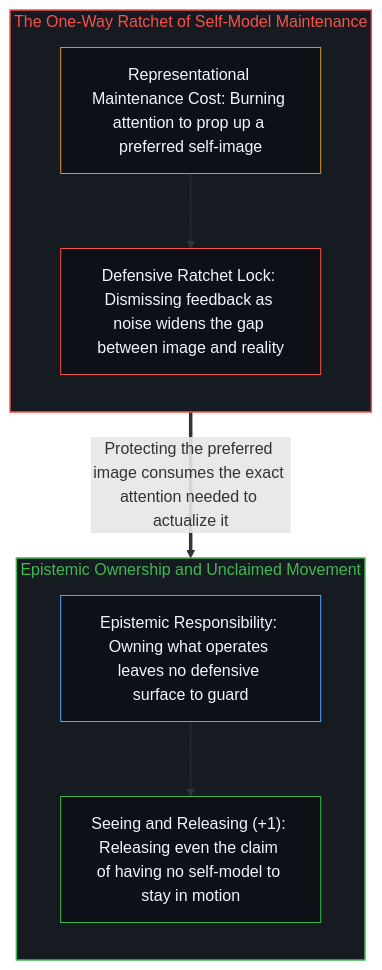
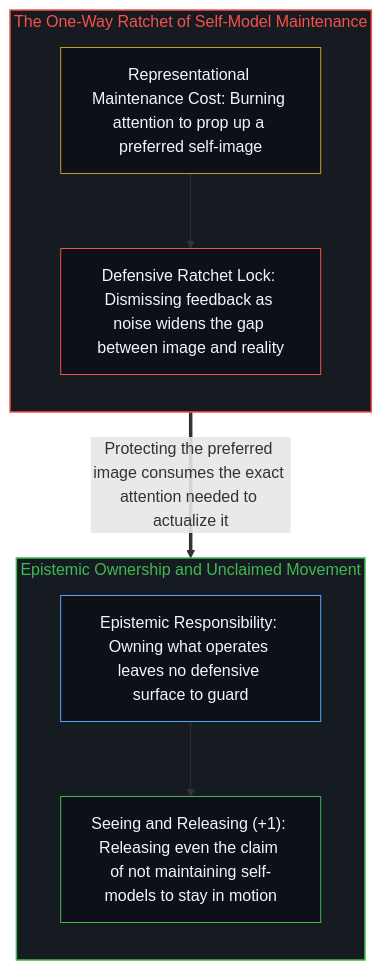
The second of 2 diagrams in content/posts/the-maintenance-paradox.md (powerpig99/not-a-toe), drawn with Mermaid before and after one commit. The commit also changed other lines of this file and 7 other files, not shown here.

````diff
--- a/content/posts/the-maintenance-paradox.md
+++ b/content/posts/the-maintenance-paradox.md
@@ -42,22 +42,22 @@
 ```mermaid
 flowchart TD
     subgraph S_Ratchet["The One-Way Ratchet of Self-Model Maintenance"]
         direction TB
         Guard["Representational Maintenance Cost: Burning attention to prop up a preferred self-image"]
         Ratchet["Defensive Ratchet Lock: Dismissing feedback as noise widens the gap between image and reality"]
         Guard --> Ratchet
     end
     subgraph S_Release["Epistemic Ownership and Unclaimed Movement"]
         direction TB
         Own["Epistemic Responsibility: Owning what operates leaves no defensive surface to guard"]
-        Move["Seeing and Releasing (+1): Releasing even the claim of having no self-model to stay in motion"]
+        Move["Seeing and Releasing (+1): Releasing even the claim of not maintaining self-models to stay in motion"]
         Own --> Move
     end
     Ratchet ==>|"Protecting the preferred image consumes the exact attention needed to actualize it"| Own
     style S_Ratchet fill:#161b22,stroke:#f85149,stroke-width:1.5px,color:#f85149
     style S_Release fill:#161b22,stroke:#3fb950,stroke-width:1.5px,color:#3fb950
     style Guard fill:#0d1117,stroke:#d29922,stroke-width:1px,color:#f0f6fc
     style Ratchet fill:#0d1117,stroke:#f85149,stroke-width:1px,color:#f0f6fc
     style Own fill:#0d1117,stroke:#58a6ff,stroke-width:1px,color:#f0f6fc
     style Move fill:#0d1117,stroke:#3fb950,stroke-width:1px,color:#f0f6fc
 ```
````
